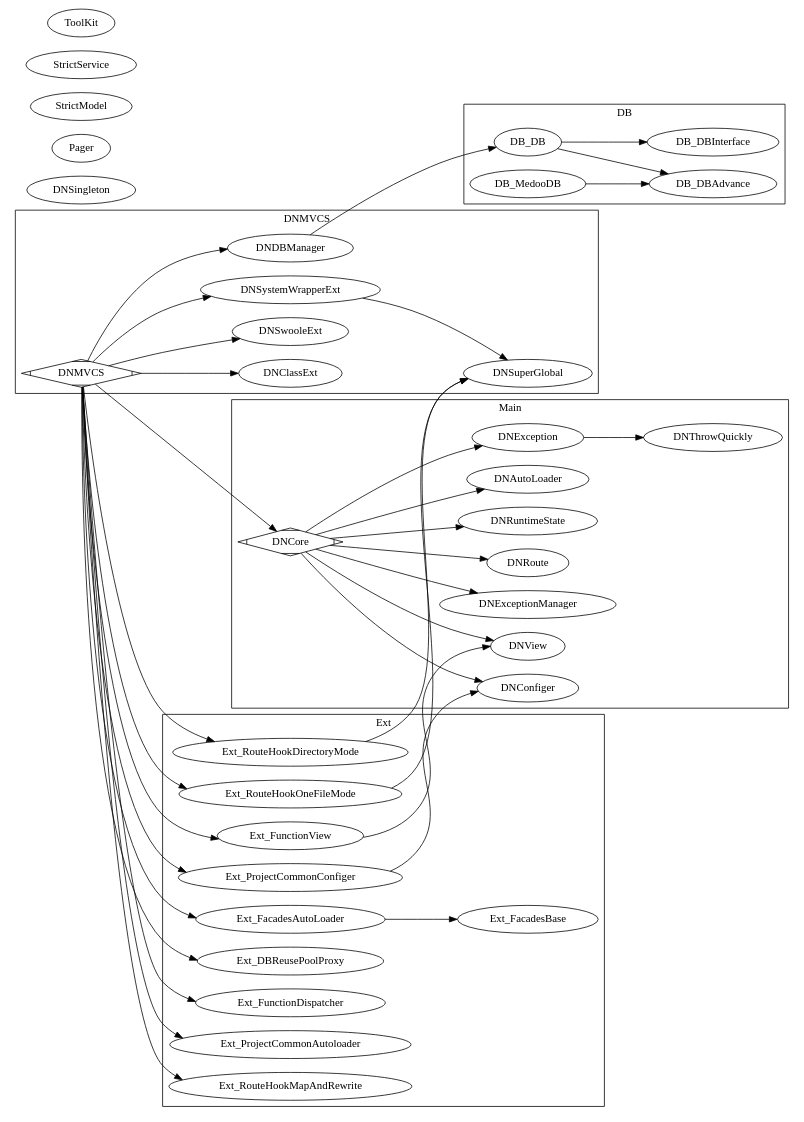
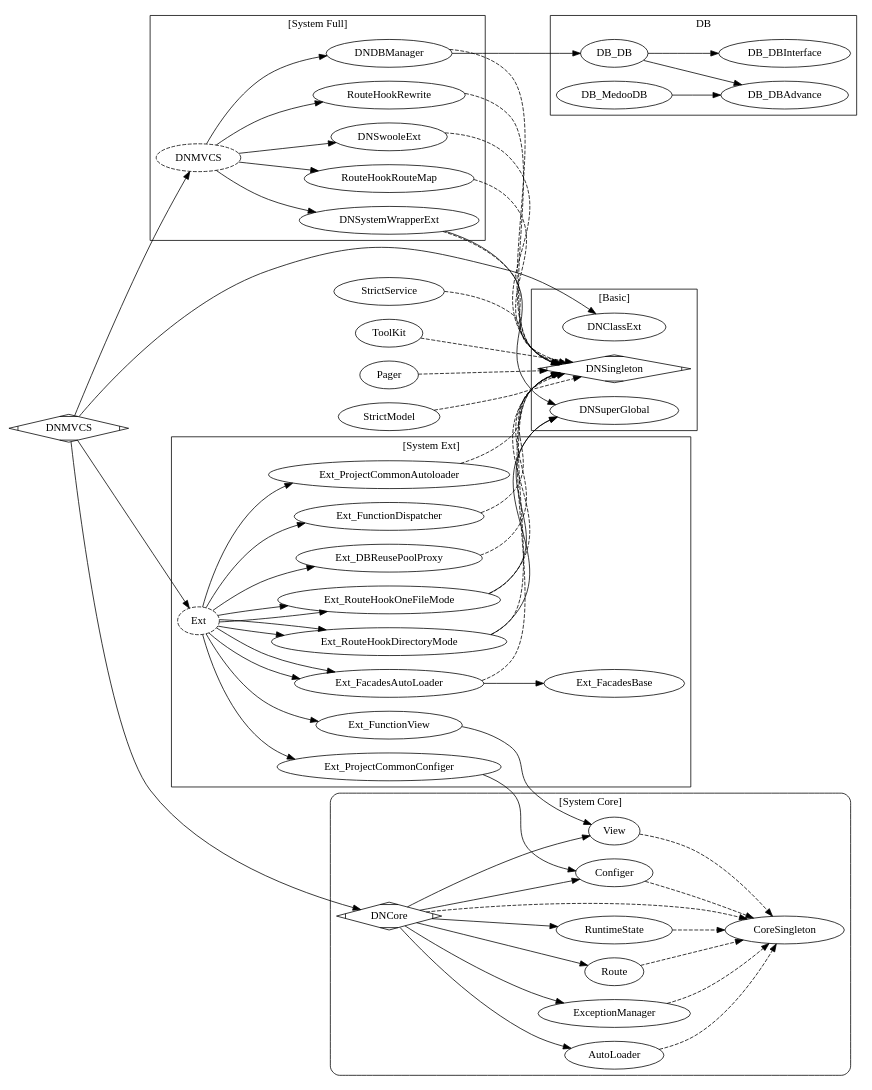
One commit to dvaknheo/duckphp changed the diagram in dnmvcs.gv. Above: the diagram before and after it, drawn with Graphviz.

Commit message:
保存架构图，准备按架构图的来修改

```diff
--- a/dnmvcs.gv
+++ b/dnmvcs.gv
@@ -1,69 +1,104 @@
 digraph G{
 /* This is a graphviz file */
 graph [rankdir = "LR"];
-
+subgraph cluster_Basic {
+    label = "[Basic]";
+    DNSingleton [shape=Mdiamond];
+    DNSuperGlobal;
+    DNClassExt;
+}
 subgraph cluster_Core {
-    label = "Main";
-        
-    DNCore -> DNRuntimeState;
-    DNCore -> DNAutoLoader;
-    DNCore -> DNException -> DNThrowQuickly ;
-    DNCore -> DNExceptionManager;
-    DNCore -> DNView;
-    DNCore -> DNConfiger;
-    DNCore -> DNRoute;
+    style = "rounded";
+    label = "[System Core]";
+    DNCore -> AutoLoader ;
+    DNCore -> ExceptionManager;
+    DNCore -> View;
+    DNCore -> Configer;
+    DNCore -> Route;
+    DNCore -> RuntimeState;
     
+    DNCore -> CoreSingleton [style="dashed"];
+    AutoLoader -> CoreSingleton [style="dashed"];
+    ExceptionManager -> CoreSingleton [style="dashed"];
+    View -> CoreSingleton [style="dashed"];
+    Configer -> CoreSingleton [style="dashed"];
+    Route -> CoreSingleton [style="dashed"];
+    RuntimeState -> CoreSingleton [style="dashed"];
+      
     DNCore [shape=Mdiamond];
 }
 
 
 subgraph cluster_DB {
     label = "DB";
 
 DB_DB -> DB_DBAdvance;
 DB_DB -> DB_DBInterface;
 DB_MedooDB -> DB_DBAdvance;
 
 }
-subgraph cluster_All {
-    label = "DNMVCS";
+subgraph cluster_Full {
+    label = "[System Full]";
 
-DNMVCS -> DNCore;
+    Full -> DNSwooleExt;
+    Full -> RouteHookRewrite;
+    Full -> RouteHookRouteMap;
 
-DNMVCS -> DNClassExt;
-DNMVCS -> DNSwooleExt;
-DNMVCS -> DNSystemWrapperExt -> DNSuperGlobal;
-DNMVCS -> DNDBManager -> DB_DB;
-
-DNMVCS [shape=Mdiamond];
+    Full -> DNSystemWrapperExt -> DNSuperGlobal;
+    Full -> DNDBManager -> DB_DB;
+    
+    DNSwooleExt -> DNSingleton[style="dashed"]; 
+    RouteHookRewrite -> DNSingleton[style="dashed"]; 
+    RouteHookRouteMap -> DNSingleton [style="dashed"]; 
+    DNSystemWrapperExt -> DNSingleton [style="dashed"]; 
+    DNDBManager -> DNSingleton [style="dashed"]; 
+    
+    Full [label="DNMVCS";style="dashed"];
 
 }
 subgraph cluster_Ext {
-label = "Ext";
+label = "[System Ext]";
 
 
-DNMVCS-> Ext_ProjectCommonConfiger -> DNConfiger;
-DNMVCS-> Ext_FunctionView  -> DNView;
-DNMVCS-> Ext_RouteHookDirectoryMode -> DNSuperGlobal;
-DNMVCS-> Ext_RouteHookOneFileMode -> DNSuperGlobal;
+Ext-> Ext_DBReusePoolProxy; 
+Ext-> Ext_FunctionDispatcher;
+Ext-> Ext_ProjectCommonAutoloader;
+Ext-> Ext_FacadesAutoLoader;
+Ext-> Ext_RouteHookDirectoryMode;
+Ext-> Ext_RouteHookOneFileMode;
+
+Ext_DBReusePoolProxy ->  DNSingleton [style="dashed"];  
+Ext_FunctionDispatcher -> DNSingleton [style="dashed"]; 
+Ext_ProjectCommonAutoloader -> DNSingleton [style="dashed"]; 
+Ext_FacadesAutoLoader -> DNSingleton [style="dashed"]; 
+Ext_RouteHookDirectoryMode -> DNSingleton [style="dashed"]; 
+Ext_RouteHookOneFileMode -> DNSingleton [style="dashed"]; 
 
 
+Ext-> Ext_FacadesAutoLoader -> Ext_FacadesBase ;
+Ext-> Ext_RouteHookDirectoryMode -> DNSuperGlobal;
+Ext-> Ext_RouteHookOneFileMode -> DNSuperGlobal;
 
-DNMVCS-> Ext_DBReusePoolProxy;
-DNMVCS-> Ext_FunctionDispatcher;
-DNMVCS-> Ext_ProjectCommonAutoloader;
 
-DNMVCS-> Ext_RouteHookMapAndRewrite; 
-DNMVCS-> Ext_FacadesAutoLoader -> Ext_FacadesBase ;
+Ext-> Ext_ProjectCommonConfiger -> Configer;
+Ext-> Ext_FunctionView  -> View;
 
+Ext [label="Ext";style="dashed"];
 
 }
 
 
+DNMVCS -> DNCore;
+DNMVCS -> Full;
+DNMVCS -> Ext;
+DNMVCS -> DNClassExt;
+
+DNMVCS [shape=Mdiamond];
+
 DNSingleton;
-Pager;
-StrictModel;
-StrictService;
-ToolKit;
+Pager -> DNSingleton [style="dashed"]; 
+StrictModel -> DNSingleton [style="dashed"]; 
+StrictService -> DNSingleton [style="dashed"]; 
+ToolKit  -> DNSingleton [style="dashed"]; 
 
 }
```
